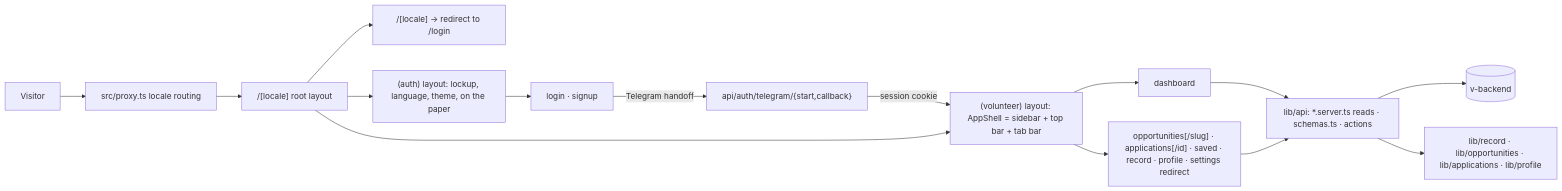
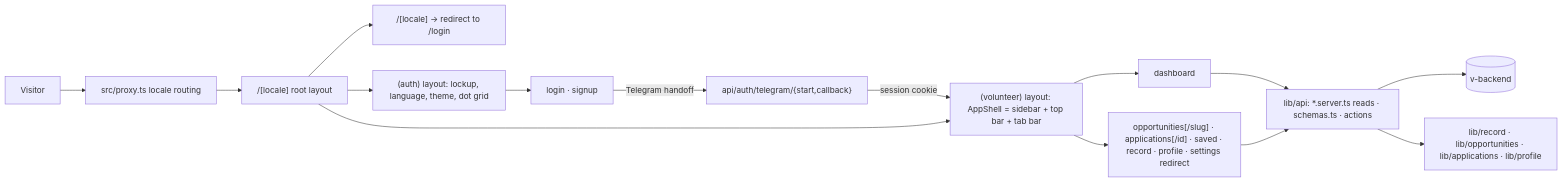
One commit to volontyorlarOrg/v-app changed the diagram in docs/architecture/ARCHITECTURE.md. Above: the diagram before and after it, drawn with Mermaid. The commit also changed 38 other files, not shown here.

````diff
--- a/docs/architecture/ARCHITECTURE.md
+++ b/docs/architecture/ARCHITECTURE.md
@@ -11,17 +11,17 @@
 ```mermaid
 flowchart LR
   Visitor --> Proxy[src/proxy.ts locale routing]
   Proxy --> Locale["/[locale] root layout"]
   Locale --> Root["/[locale] → redirect to /login"]
-  Locale --> Auth["(auth) layout: lockup, language, theme, on the paper"]
+  Locale --> Auth["(auth) layout: lockup, language, theme, dot grid"]
   Auth --> AuthPages["login · signup"]
   AuthPages -- Telegram handoff --> Handlers["api/auth/telegram/{start,callback}"]
   Handlers -- session cookie --> Panel
   Locale --> Panel["(volunteer) layout: AppShell = sidebar + top bar + tab bar"]
   Panel --> Dashboard["dashboard"]
   Panel --> Sections["opportunities[/slug] · applications[/id] · saved · record · profile · settings redirect"]
   Dashboard --> Api["lib/api: *.server.ts reads · schemas.ts · actions"]
   Sections --> Api
   Api --> Backend[("v-backend")]
   Api --> Rules["lib/record · lib/opportunities · lib/applications · lib/profile"]
 ```
````
